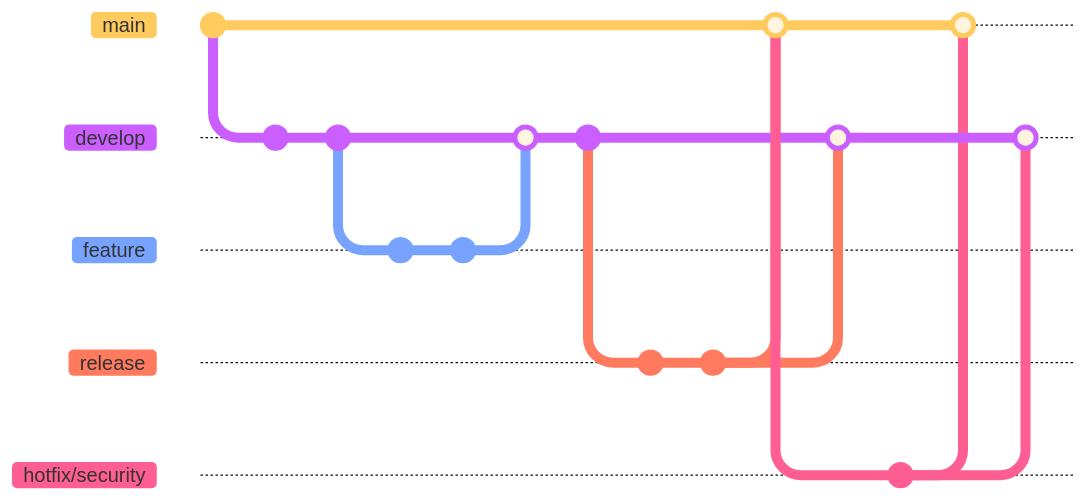
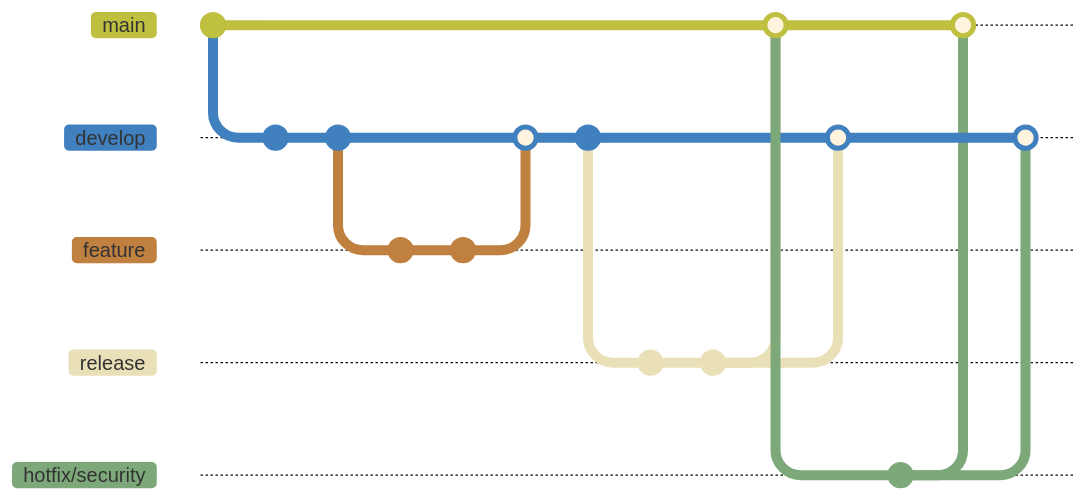
Before and after one commit to TU-Delft-DCC/TU-Delft-DCC.github.io: the fourth of 4 diagrams in docs/software/development_workflow/branch_management.qmd, drawn with Mermaid. The commit also changed other lines of this file, not shown here. Commit ids are hidden.

Commit message:
Update mermaid branch diagrams

````diff
--- a/docs/software/development_workflow/branch_management.qmd
+++ b/docs/software/development_workflow/branch_management.qmd
@@ -217,32 +230,38 @@
 ```{mermaid}
-%%{init: {'theme': 'base', 'gitGraph': {'showCommitLabel': false}}}%%
+%%{init: {'theme': 'base', 'themeVariables': {
+              'git0': '#bfbf40',
+              'git1': '#4080bf',
+              'git2': '#bf8040',
+              'git3': '#eae0b8',
+              'git4': '#7da97a'
+              }, 'gitGraph': {'showCommitLabel': false}}}%%
 gitGraph
    commit
    branch develop
    commit
    checkout develop
    commit
    branch feature
    checkout feature
    commit
    commit
    checkout develop
    merge feature
    commit
    branch release
    checkout release
    commit
    commit
    checkout main
    merge release
    checkout develop
    merge release
    checkout main
    branch hotfix/security
    checkout hotfix/security
    commit
    checkout main
    merge hotfix/security
    checkout develop
    merge hotfix/security
 ```
````
